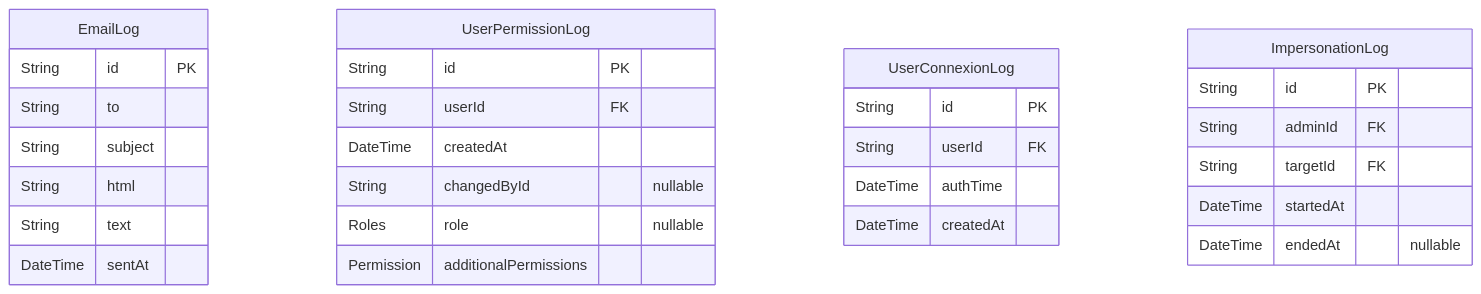
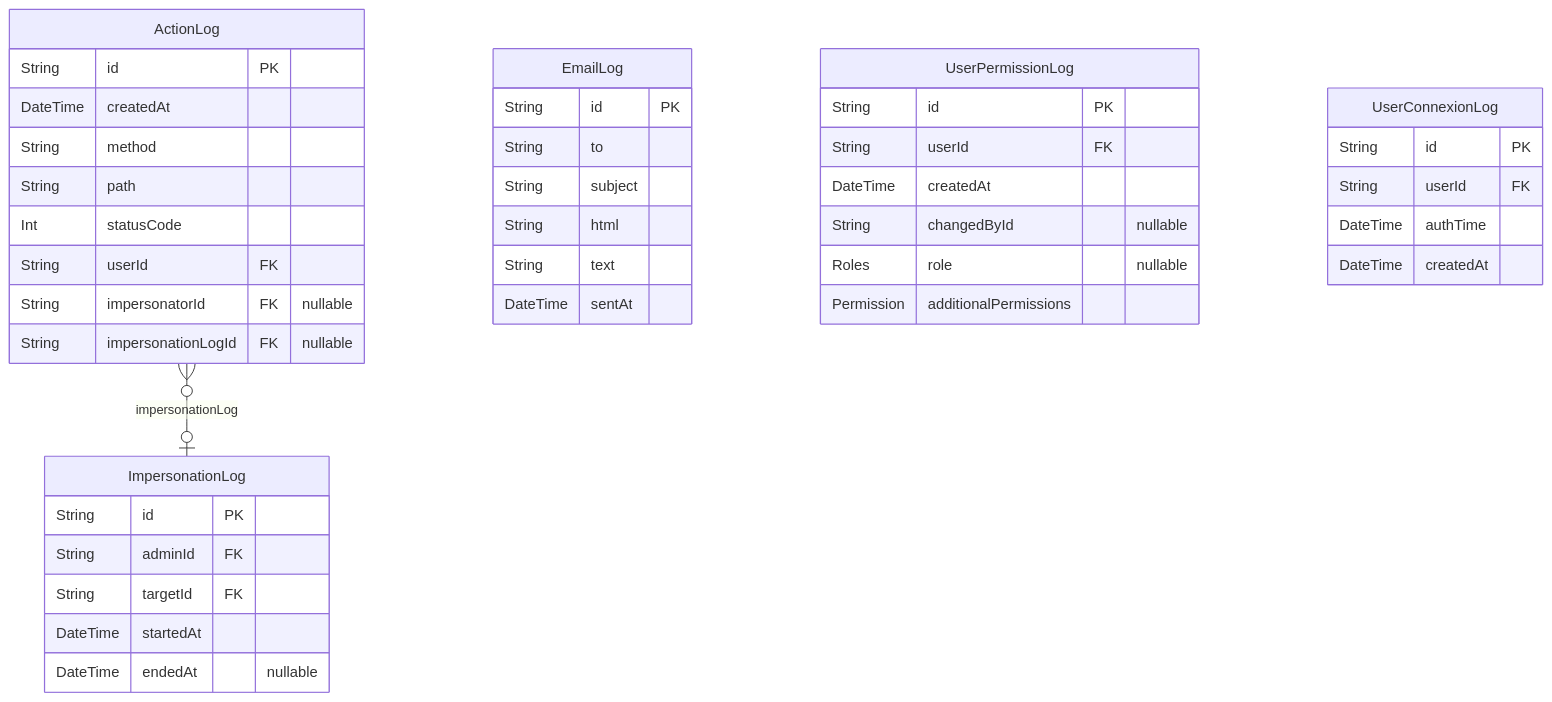
One commit to dnum-mi/referentiel-applications changed diagram 14 of 14 in backend/prisma/docs/schema.md. Above: the diagram before and after it, drawn with Mermaid. The commit also changed other lines of this file and 10 other files, not shown here.

Commit message:
feat: centralized action log middleware with impersonation traceability

````diff
--- a/backend/prisma/docs/schema.md
+++ b/backend/prisma/docs/schema.md
@@ -1139,32 +1139,43 @@
 ```mermaid
 erDiagram
+"ActionLog" {
+  String id PK
+  DateTime createdAt
+  String method
+  String path
+  Int statusCode
+  String userId FK
+  String impersonatorId FK "nullable"
+  String impersonationLogId FK "nullable"
+}
 "EmailLog" {
   String id PK
   String to
   String subject
   String html
   String text
   DateTime sentAt
 }
 "UserPermissionLog" {
   String id PK
   String userId FK
   DateTime createdAt
   String changedById "nullable"
   Roles role "nullable"
   Permission additionalPermissions
 }
 "UserConnexionLog" {
   String id PK
   String userId FK
   DateTime authTime
   DateTime createdAt
 }
 "ImpersonationLog" {
   String id PK
   String adminId FK
   String targetId FK
   DateTime startedAt
   DateTime endedAt "nullable"
 }
+"ActionLog" }o--o| "ImpersonationLog" : impersonationLog
 ```
````
